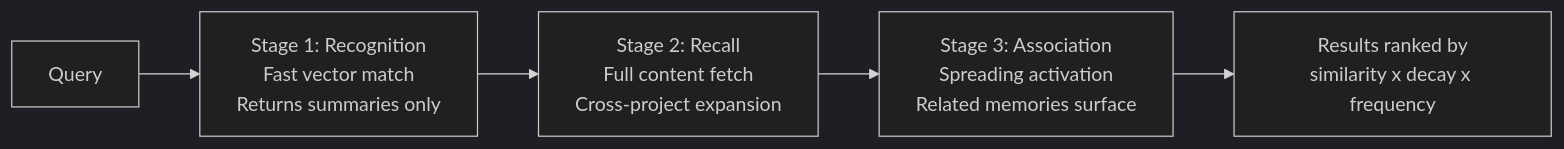
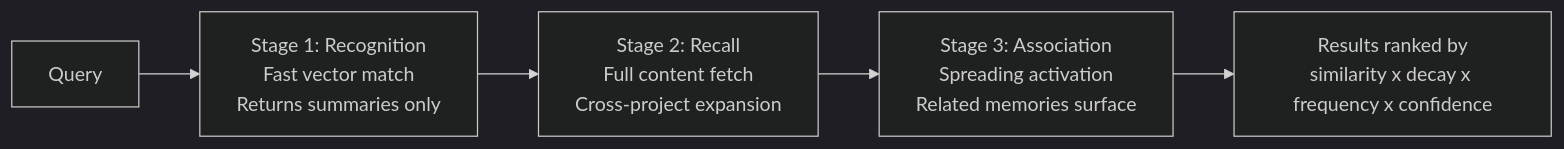
One commit to NaNMesh/nan-forget changed the third of 5 diagrams in README.md. Above: the diagram before and after it, drawn with Mermaid (dark theme). The commit also changed other lines of this file and 8 other files, not shown here.

````diff
--- a/README.md
+++ b/README.md
@@ -178,7 +178,7 @@
 ```mermaid
 flowchart LR
     Q["Query"] --> S1["Stage 1: Recognition<br/>Fast vector match<br/>Returns summaries only"]
     S1 --> S2["Stage 2: Recall<br/>Full content fetch<br/>Cross-project expansion"]
     S2 --> S3["Stage 3: Association<br/>Spreading activation<br/>Related memories surface"]
-    S3 --> R["Results ranked by<br/>similarity x decay x frequency"]
+    S3 --> R["Results ranked by<br/>similarity x decay x frequency x confidence"]
 ```
````
